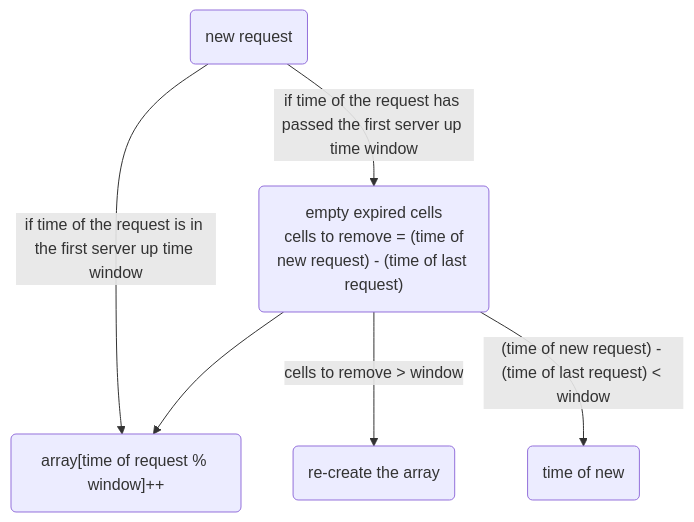
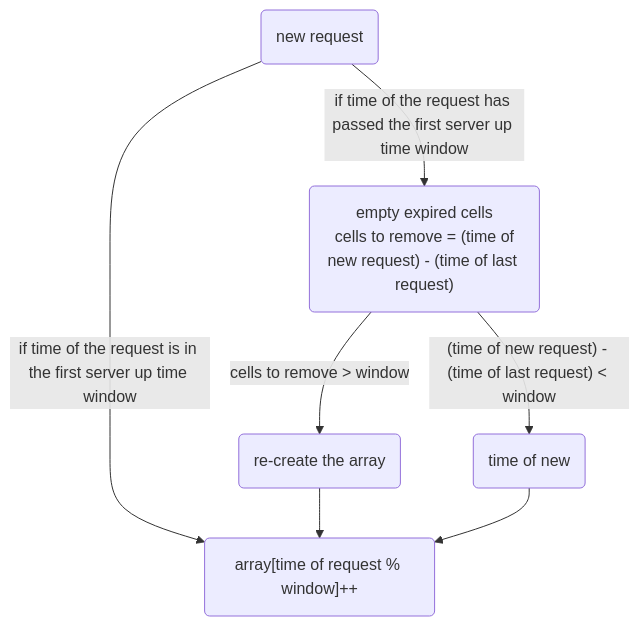
Before and after one commit to elahe-dastan/simplesurance-assignment: the diagram in README.md, drawn with Mermaid. The commit also changed other lines of this file, not shown here.

Commit message:
chore: check mermaid in github

````diff
--- a/README.md
+++ b/README.md
@@ -64,8 +64,9 @@
 ```mermaid
 graph TD;
   NewRequest("new request") -->|if time of the request is in the first server up time window| ArrayTimeOfRequest("array[time of request % window]++");
   NewRequest("new request") -->|if time of the request has passed the first server up time window| Empty("empty expired cells");
-  Empty("empty expired cells") --> ArrayTimeOfRequest("array[time of request % window]++");
   Empty("empty expired cells\n cells to remove = (time of new request) - (time of last request)") -->|cells to remove > window| ReCreate("re-create the array");
   Empty("empty expired cells\n cells to remove = (time of new request) - (time of last request)") -->|"(time of new request) - (time of last request) < window"| CalculateExpired("time of new");
+  ReCreate("re-create the array") --> ArrayTimeOfRequest("array[time of request % window]++");
+  CalculateExpired("time of new") --> ArrayTimeOfRequest("array[time of request % window]++");
 ```
````
